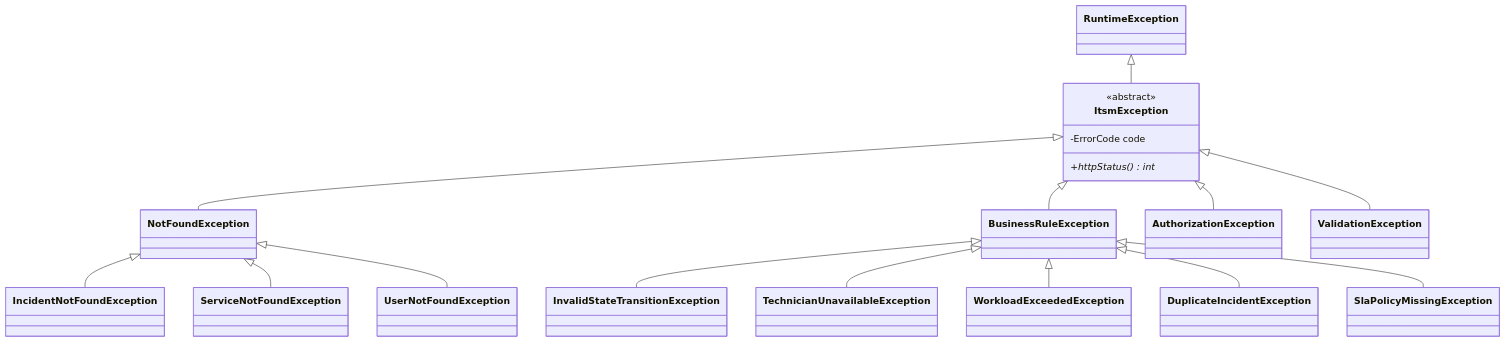
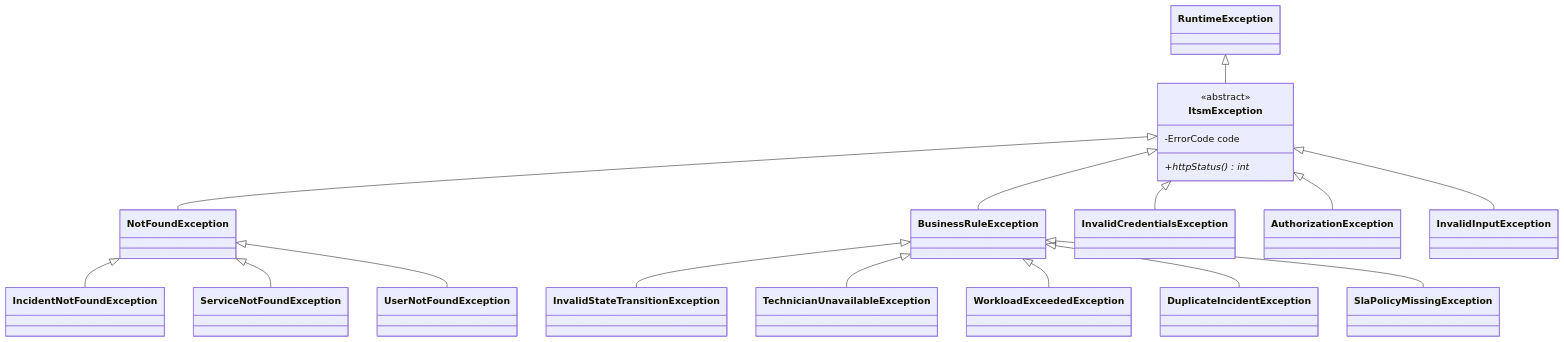
Before and after one commit to Dileep1714/I-ITSM: the ninth of 9 diagrams in docs/DOMAIN_MODEL.md, drawn with Mermaid. The commit also changed other lines of this file and 22 other files, not shown here.

````diff
--- a/docs/DOMAIN_MODEL.md
+++ b/docs/DOMAIN_MODEL.md
@@ -561,21 +564,22 @@
 ```mermaid
 classDiagram
     class ItsmException {
         <<abstract>>
         -ErrorCode code
         +httpStatus() int*
     }
     RuntimeException <|-- ItsmException
     ItsmException <|-- NotFoundException
     NotFoundException <|-- IncidentNotFoundException
     NotFoundException <|-- ServiceNotFoundException
     NotFoundException <|-- UserNotFoundException
     ItsmException <|-- BusinessRuleException
     BusinessRuleException <|-- InvalidStateTransitionException
     BusinessRuleException <|-- TechnicianUnavailableException
     BusinessRuleException <|-- WorkloadExceededException
     BusinessRuleException <|-- DuplicateIncidentException
     BusinessRuleException <|-- SlaPolicyMissingException
+    ItsmException <|-- InvalidCredentialsException
     ItsmException <|-- AuthorizationException
-    ItsmException <|-- ValidationException
+    ItsmException <|-- InvalidInputException
 ```
````
